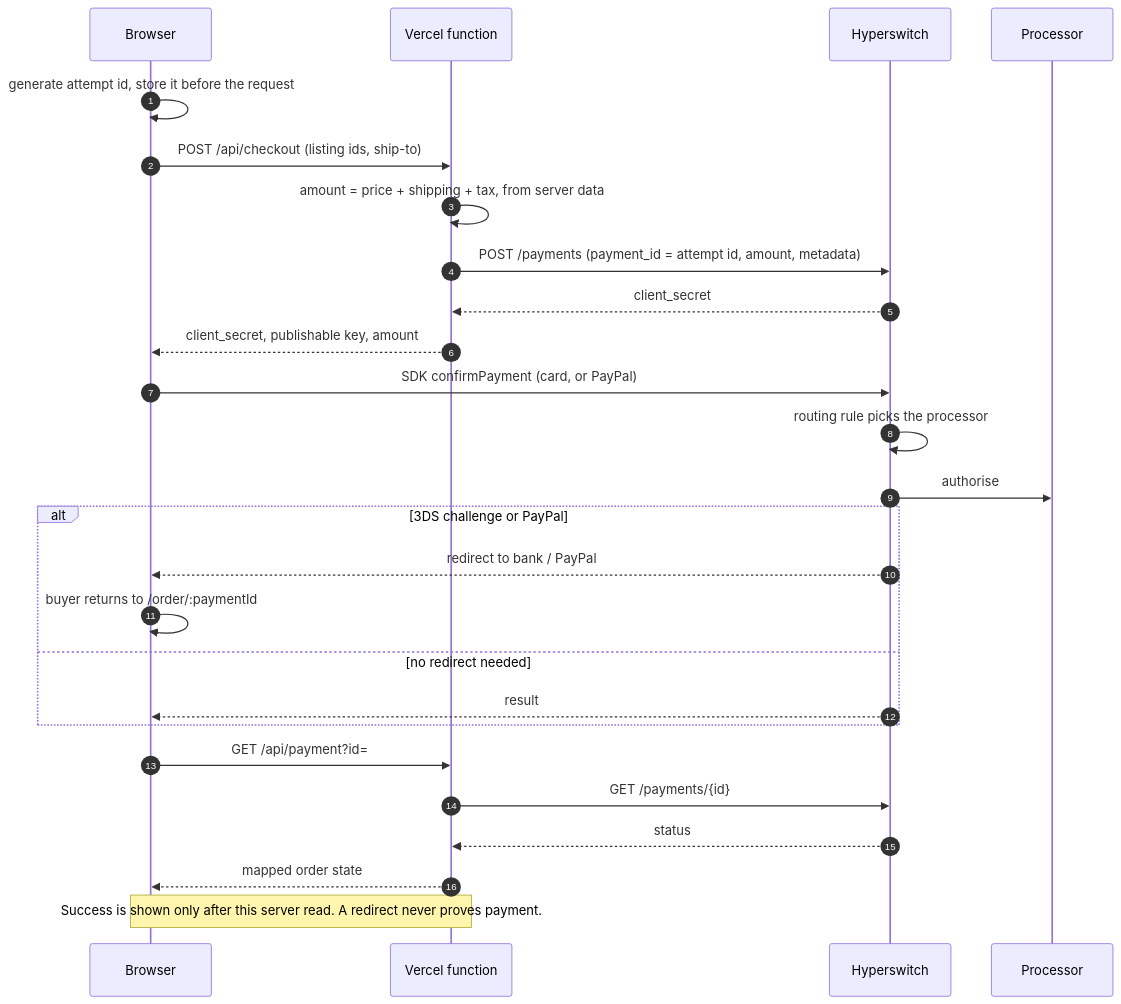
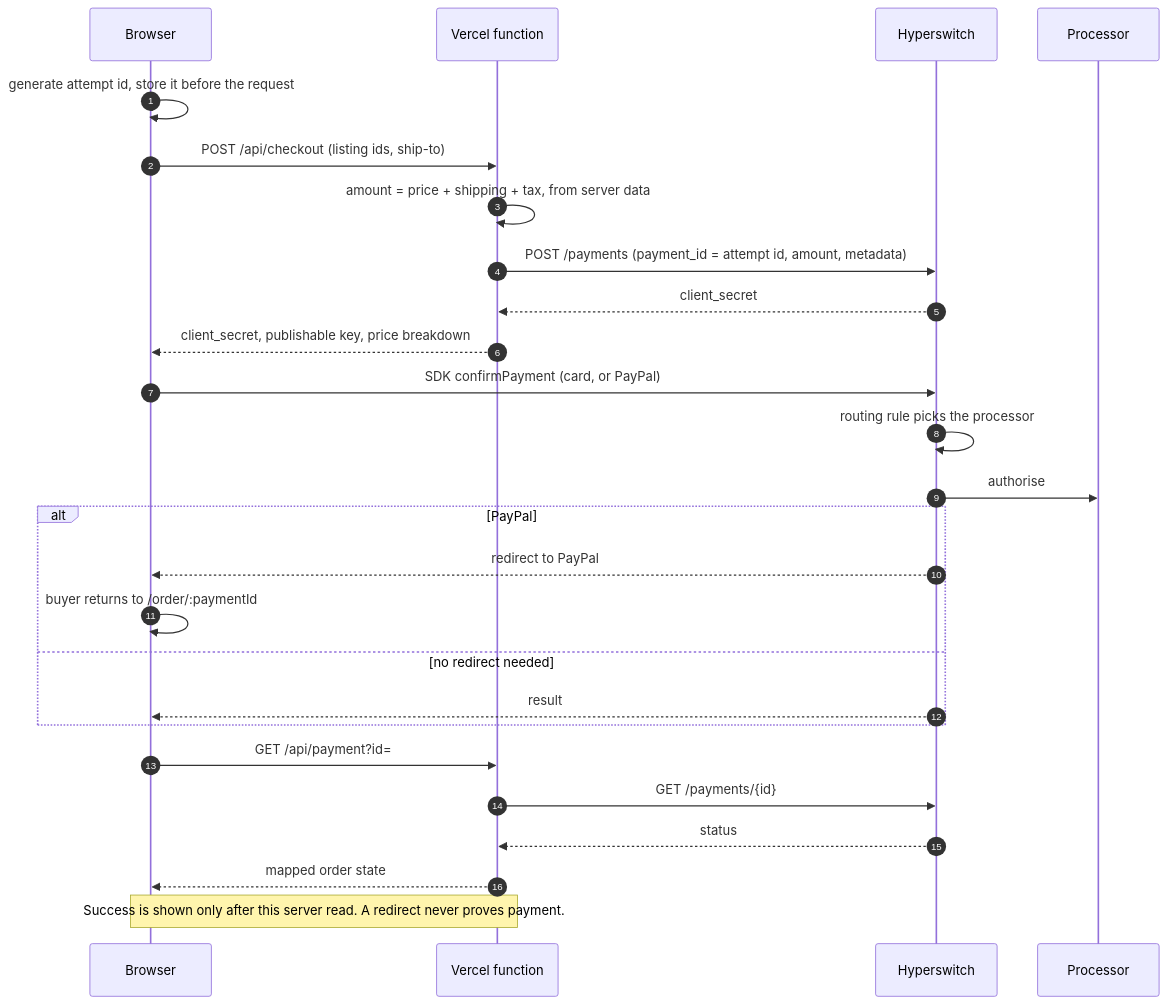
One commit to jamespotash0/juspay-prototype changed the second of 4 diagrams in README.md. Above: the diagram before and after it, drawn with Mermaid. The commit also changed other lines of this file, not shown here.

````diff
--- a/README.md
+++ b/README.md
@@ -103,29 +111,29 @@
 ```mermaid
 sequenceDiagram
   autonumber
   participant B as Browser
   participant F as Vercel function
   participant H as Hyperswitch
   participant P as Processor
 
   B->>B: generate attempt id, store it before the request
   B->>F: POST /api/checkout (listing ids, ship-to)
   F->>F: amount = price + shipping + tax, from server data
   F->>H: POST /payments (payment_id = attempt id, amount, metadata)
   H-->>F: client_secret
-  F-->>B: client_secret, publishable key, amount
+  F-->>B: client_secret, publishable key, price breakdown
   B->>H: SDK confirmPayment (card, or PayPal)
   H->>H: routing rule picks the processor
   H->>P: authorise
-  alt 3DS challenge or PayPal
-    H-->>B: redirect to bank / PayPal
+  alt PayPal
+    H-->>B: redirect to PayPal
     B->>B: buyer returns to /order/:paymentId
   else no redirect needed
     H-->>B: result
   end
   B->>F: GET /api/payment?id=
   F->>H: GET /payments/{id}
   H-->>F: status
   F-->>B: mapped order state
   Note over B,F: Success is shown only after this server read. A redirect never proves payment.
 ```
````
